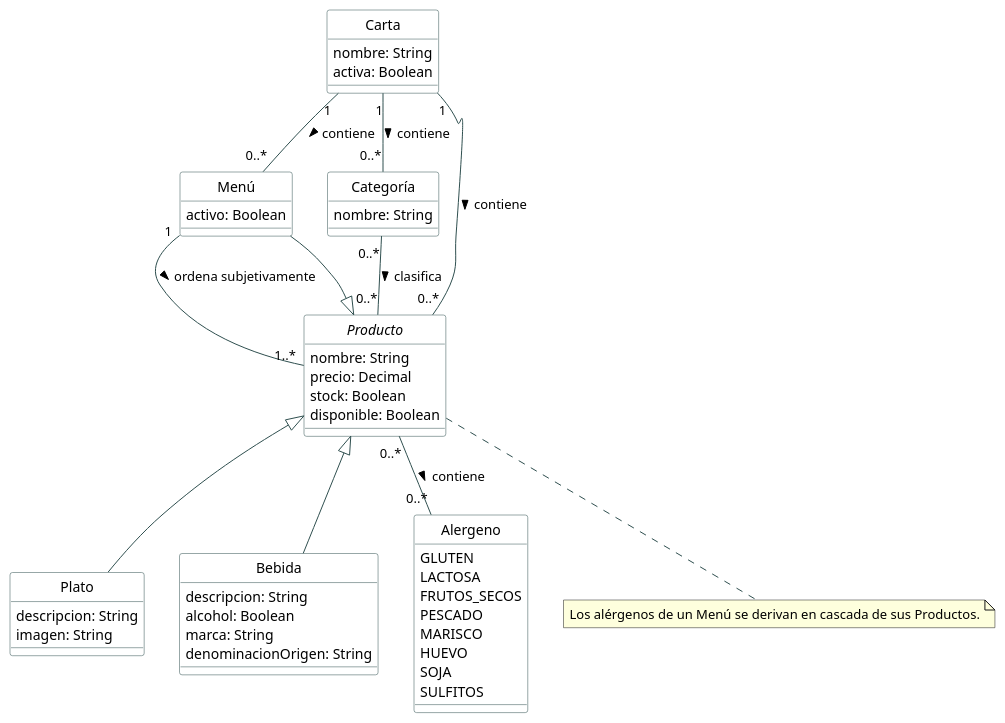
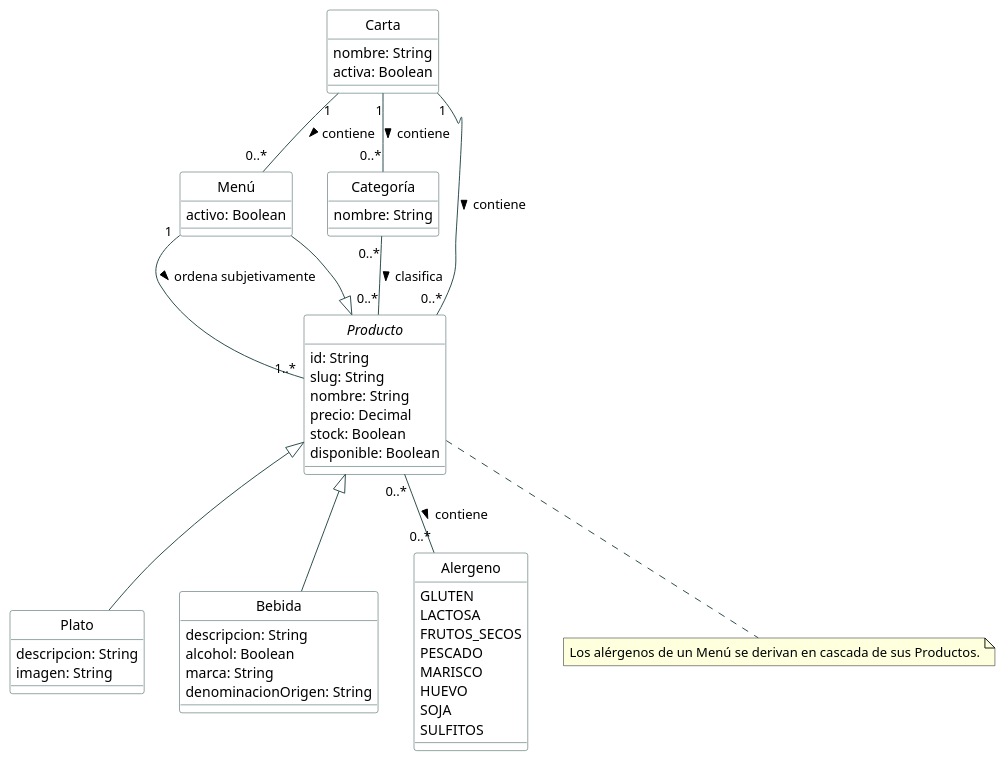
One commit to RexeatSU/rexeat changed the diagram in documentation/modelo_de_dominio.puml. Above: the diagram before and after it, drawn with PlantUML. The commit also changed 4 other files, not shown here.

```diff
--- a/documentation/modelo_de_dominio.puml
+++ b/documentation/modelo_de_dominio.puml
@@ -1,76 +1,78 @@
 @startuml ModeloDominioRexeat
 skinparam style strictuml
 skinparam DefaultFontName "Helvetica"
 skinparam class {
     BackgroundColor White
     BorderColor DarkSlateGray
     ArrowColor DarkSlateGray
 }
 
 class Carta {
     nombre: String
     activa: Boolean
 }
 
 class Menú {
     activo: Boolean
 }
 
 class Categoría {
     nombre: String
 }
 
 abstract class Producto {
+    id: String
+    slug: String
     nombre: String
     precio: Decimal
     stock: Boolean
     disponible: Boolean
 }
 
 class Plato {
     descripcion: String
     imagen: String
 }
 
 class Bebida {
     descripcion: String
     alcohol: Boolean
     marca: String
     denominacionOrigen: String
 }
 
 enum Alergeno {
     GLUTEN
     LACTOSA
     FRUTOS_SECOS
     PESCADO
     MARISCO
     HUEVO
     SOJA
     SULFITOS
 }
 
 ' Herencia de Productos (Patrón Composite)
 Producto <|-- Plato
 Producto <|-- Bebida
 Producto <|-- Menú
 
 ' Estructura de la Carta
 Carta "1" -- "0..*" Menú : contiene >
 Carta "1" -- "0..*" Categoría : contiene >
 Carta "1" -- "0..*" Producto : contiene >
 
 ' Relaciones de Categorías (Etiquetas)
 Categoría "0..*" -- "0..*" Producto : clasifica >
 
 ' Estructura interna del Menú
 Menú "1" -- "1..*" Producto : ordena subjetivamente >
 
 ' Relación de Alérgenos
 Producto "0..*" -- "0..*" Alergeno : contiene >
 
 note bottom of Producto
     Los alérgenos de un Menú se derivan en cascada de sus Productos.
 end note
 
 @endum
```
